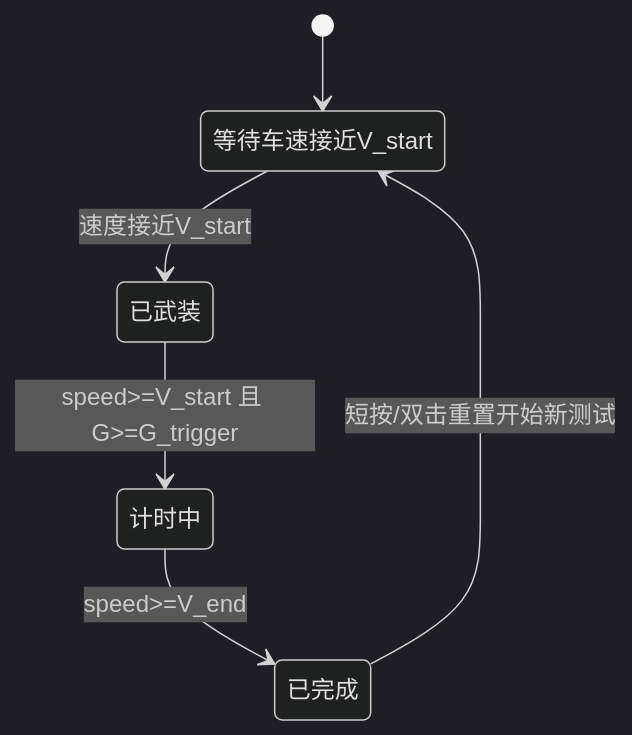
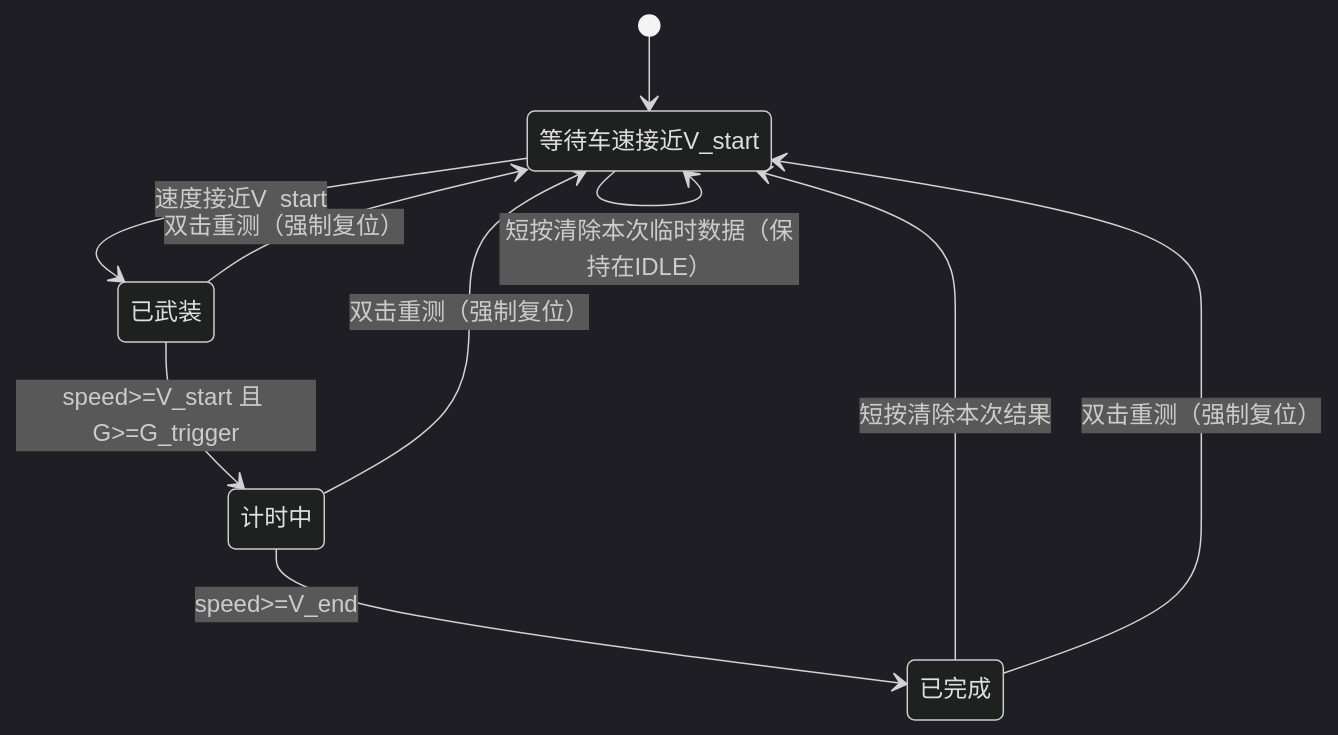
One commit to Tyrael0sun/ESP32_S3-GPS-9axis_SENSOR changed the third of 5 diagrams in README.md. Above: the diagram before and after it, drawn with Mermaid (dark theme). The commit also changed other lines of this file, not shown here.

````diff
--- a/README.md
+++ b/README.md
@@ -579,14 +707,20 @@
 ```mermaid
 stateDiagram-v2
     [*] --> PGEAR_IDLE
 
     PGEAR_IDLE: 等待车速接近V_start
     PGEAR_ARMED: 已武装
     PGEAR_RUNNING: 计时中
     PGEAR_FINISHED: 已完成
 
     PGEAR_IDLE --> PGEAR_ARMED: 速度接近V_start
     PGEAR_ARMED --> PGEAR_RUNNING: speed>=V_start 且 G>=G_trigger
     PGEAR_RUNNING --> PGEAR_FINISHED: speed>=V_end
-    PGEAR_FINISHED --> PGEAR_IDLE: 短按/双击重置开始新测试
+
+    PGEAR_FINISHED --> PGEAR_IDLE: 短按清除本次结果
+    PGEAR_IDLE --> PGEAR_IDLE: 短按清除本次临时数据（保持在IDLE）
+
+    PGEAR_ARMED --> PGEAR_IDLE: 双击重测（强制复位）
+    PGEAR_RUNNING --> PGEAR_IDLE: 双击重测（强制复位）
+    PGEAR_FINISHED --> PGEAR_IDLE: 双击重测（强制复位）
 ```
````
